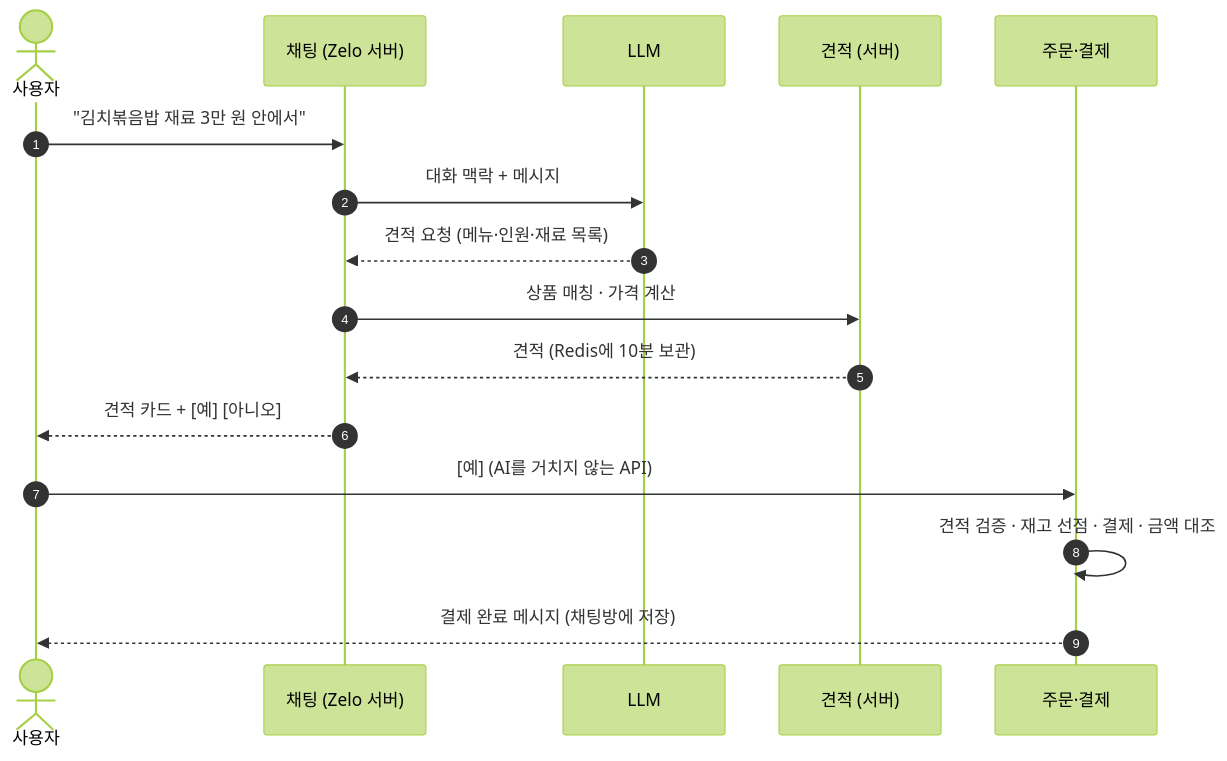
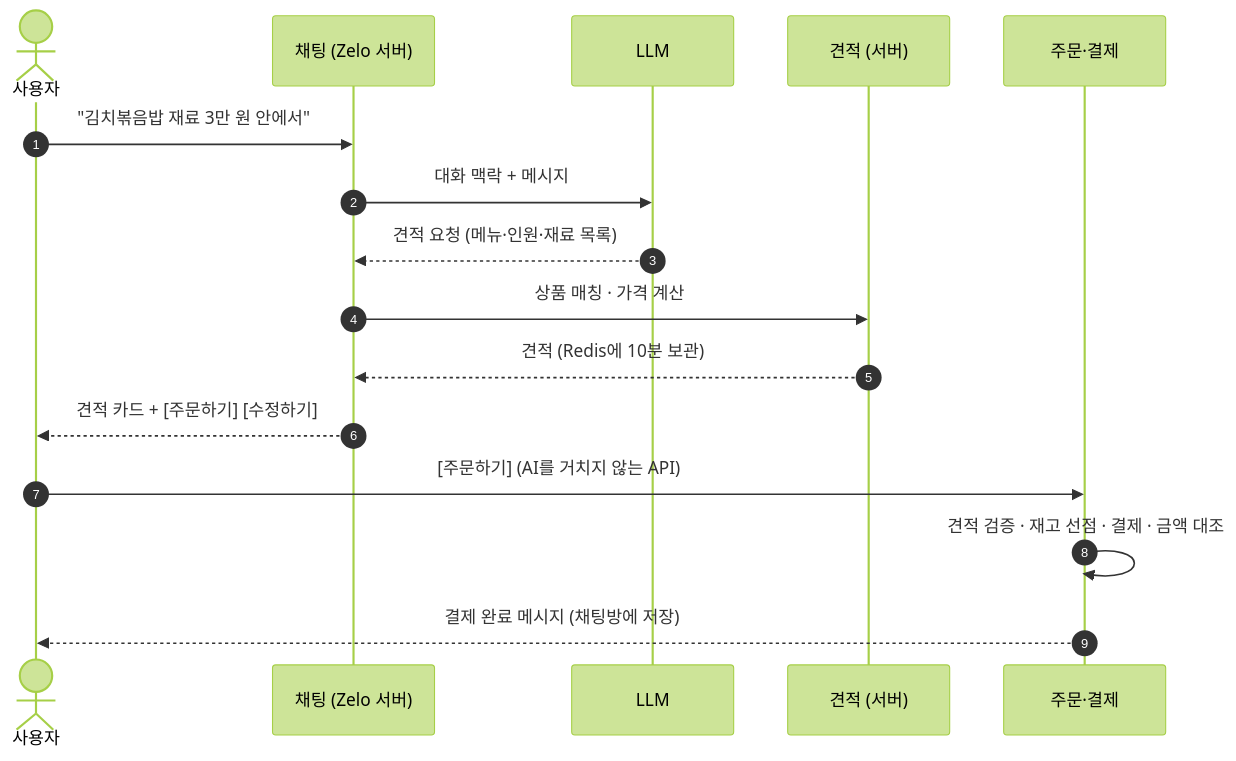
The diagram in README.md (spa-2/zelo), drawn with Mermaid (forest theme) before and after one commit. The commit also changed other lines of this file and 6 other files, not shown here.

First line of the commit message:
refactor: 견적 카드 버튼 문구를 [주문하기][수정하기]로 변경

````diff
--- a/README.md
+++ b/README.md
@@ -61,19 +61,19 @@
 ```mermaid
 sequenceDiagram
     autonumber
     actor U as 사용자
     participant C as 채팅 (Zelo 서버)
     participant AI as LLM
     participant Q as 견적 (서버)
     participant O as 주문·결제
 
     U->>C: "김치볶음밥 재료 3만 원 안에서"
     C->>AI: 대화 맥락 + 메시지
     AI-->>C: 견적 요청 (메뉴·인원·재료 목록)
     C->>Q: 상품 매칭 · 가격 계산
     Q-->>C: 견적 (Redis에 10분 보관)
-    C-->>U: 견적 카드 + [예] [아니오]
-    U->>O: [예] (AI를 거치지 않는 API)
+    C-->>U: 견적 카드 + [주문하기] [수정하기]
+    U->>O: [주문하기] (AI를 거치지 않는 API)
     O->>O: 견적 검증 · 재고 선점 · 결제 · 금액 대조
     O-->>U: 결제 완료 메시지 (채팅방에 저장)
 ```
````
